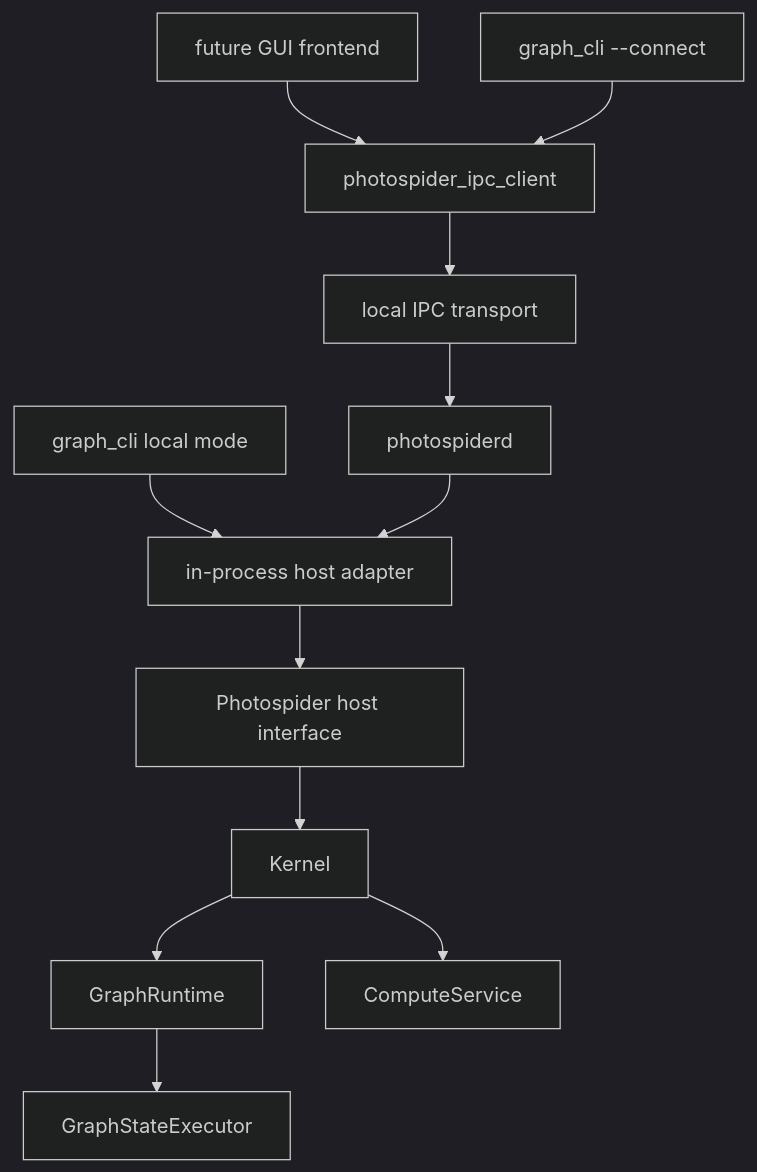
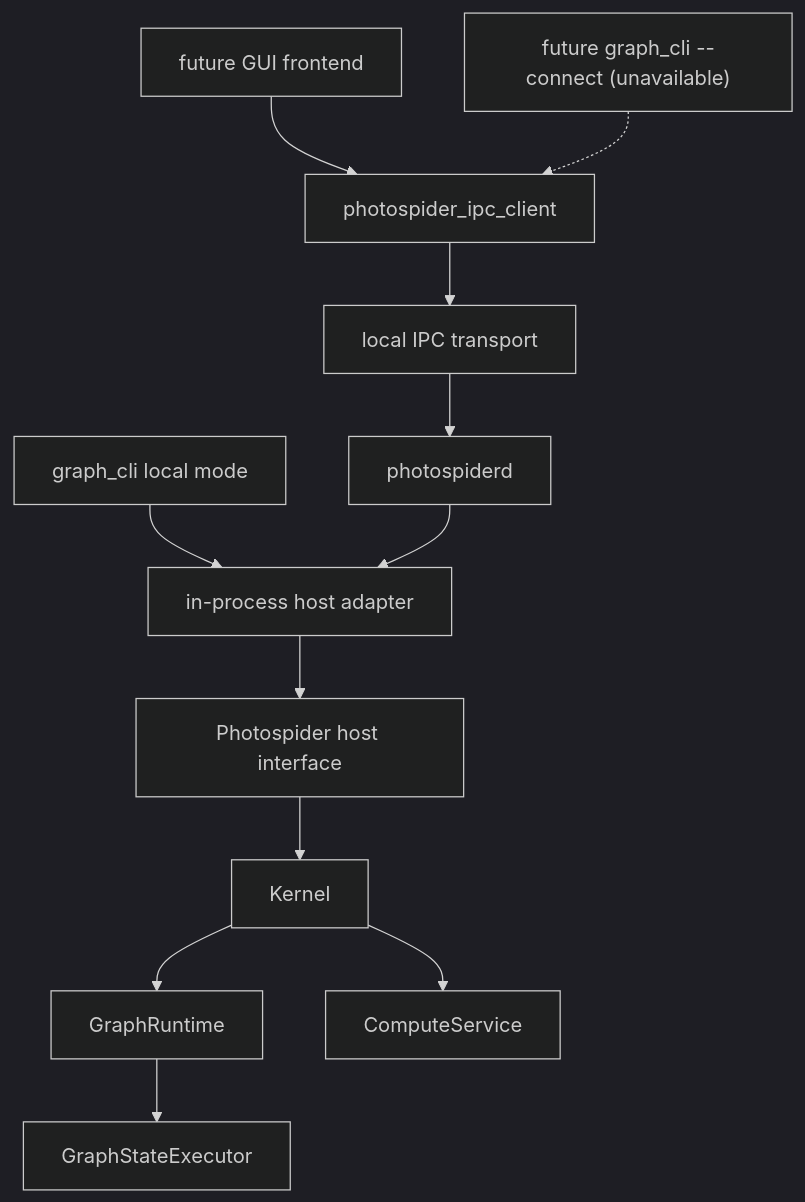
The second of 2 diagrams in docs/codebase-structure/Codebase-Structure-Direction.md (kevin-zf1123/photospider), drawn with Mermaid (dark theme) before and after one commit. The commit also changed other lines of this file and 12 other files, not shown here.

````diff
--- a/docs/codebase-structure/Codebase-Structure-Direction.md
+++ b/docs/codebase-structure/Codebase-Structure-Direction.md
@@ -407,14 +411,14 @@
 ```mermaid
 graph TD
     gui["future GUI frontend"] --> ipc_client["photospider_ipc_client"]
-    cli_remote["graph_cli --connect"] --> ipc_client
+    cli_remote["future graph_cli --connect (unavailable)"] -.-> ipc_client
     cli_local["graph_cli local mode"] --> host_adapter["in-process host adapter"]
     ipc_client --> socket["local IPC transport"]
     socket --> daemon["photospiderd"]
     daemon --> host_adapter
     host_adapter --> interaction["Photospider host interface"]
     interaction --> kernel["Kernel"]
     kernel --> runtime["GraphRuntime"]
     runtime --> graph_state["GraphStateExecutor"]
     kernel --> compute["ComputeService"]
 ```
````
